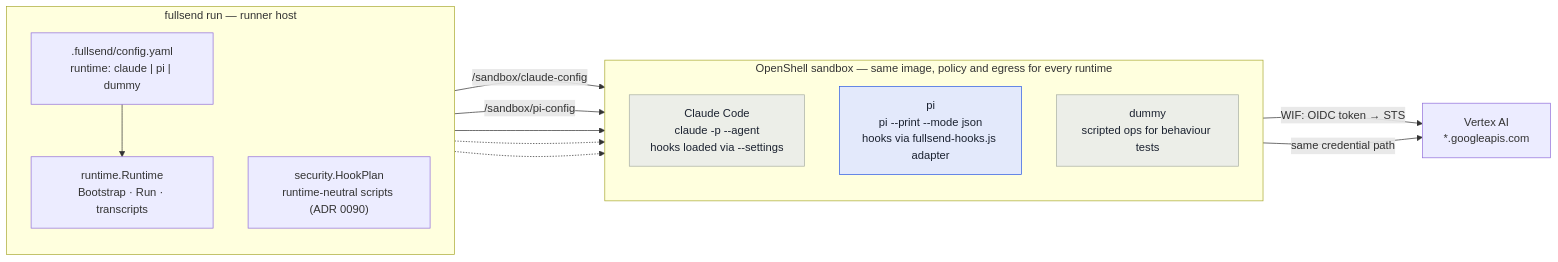
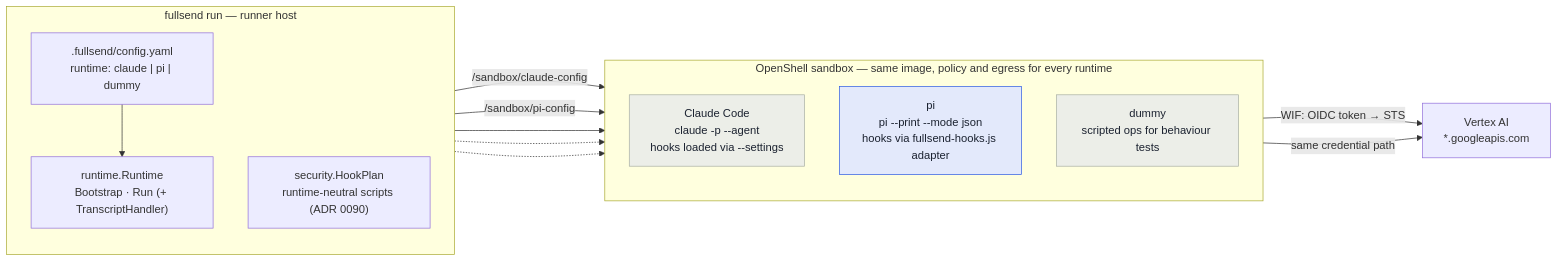
The first of 2 diagrams in docs/architecture.md (Benkapner/fullsend), drawn with Mermaid before and after one commit. The commit also changed other lines of this file and 3 other files, not shown here.

First line of the commit message:
docs(#6464): keep </dev/null visible in diagrams; qualify sandbox credentials

````diff
--- a/docs/architecture.md
+++ b/docs/architecture.md
@@ -184,27 +184,27 @@
 ```mermaid
 flowchart LR
   subgraph RUNNER["fullsend run — runner host"]
     direction TB
     CFG[".fullsend/config.yaml\nruntime: claude | pi | dummy"]
-    RT["runtime.Runtime\nBootstrap · Run · transcripts"]
+    RT["runtime.Runtime\nBootstrap · Run (+ TranscriptHandler)"]
     HOOKS["security.HookPlan\nruntime-neutral scripts (ADR 0090)"]
     CFG --> RT
   end
   subgraph SANDBOX["OpenShell sandbox — same image, policy and egress for every runtime"]
     direction TB
     CC["Claude Code\nclaude -p --agent\nhooks loaded via --settings"]
     PI["pi\npi --print --mode json\nhooks via fullsend-hooks.js adapter"]
     DM["dummy\nscripted ops for behaviour tests"]
   end
   RT -->|"/sandbox/claude-config"| CC
   RT -->|"/sandbox/pi-config"| PI
   RT --> DM
   HOOKS -.-> CC
   HOOKS -.-> PI
   CC -->|"WIF: OIDC token → STS"| VX["Vertex AI\n*.googleapis.com"]
   PI -->|"same credential path"| VX
   classDef opt fill:#e3e9fb,stroke:#2d5be3,color:#1b2230;
   classDef def fill:#eceee8,stroke:#a9afa4,color:#1b2230;
   class PI opt;
   class CC,DM def;
 ```
````
